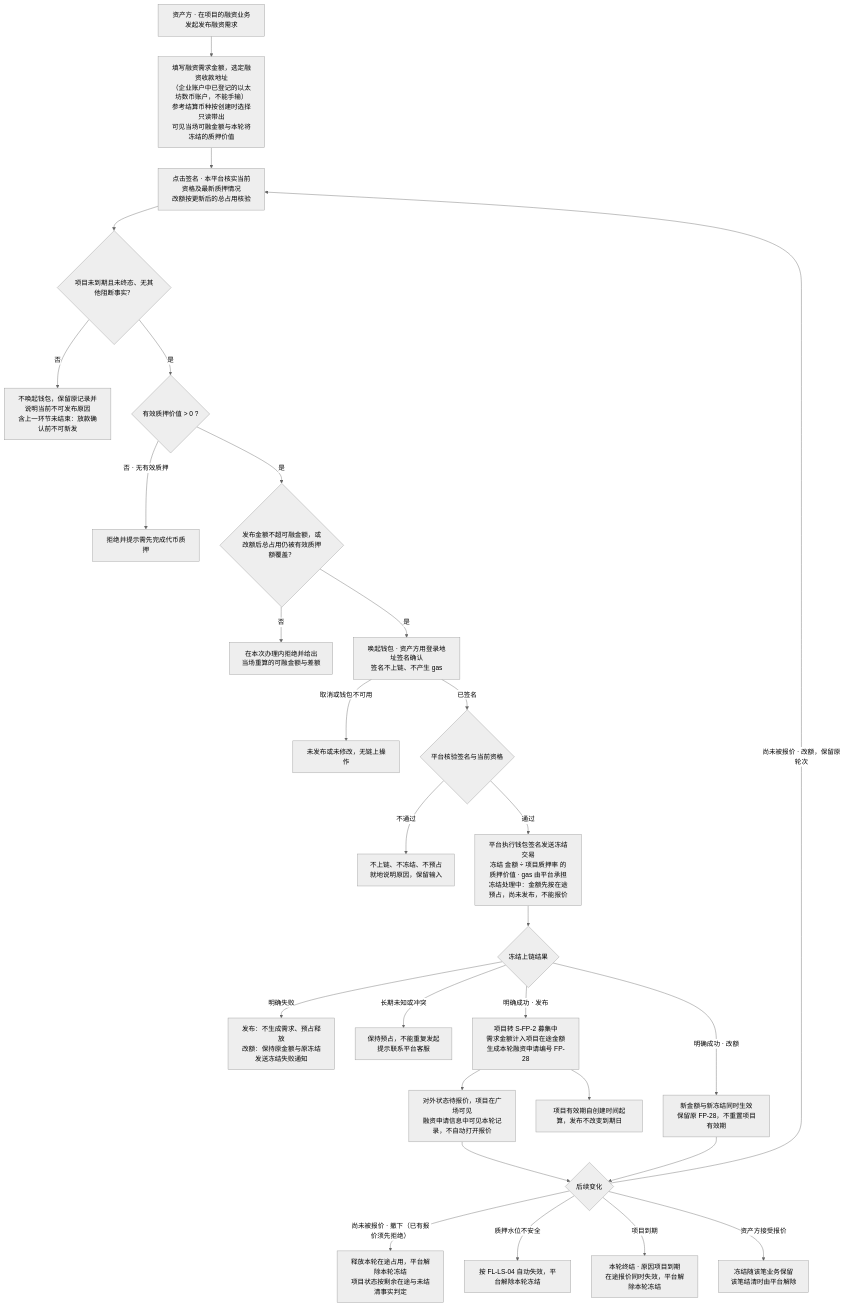
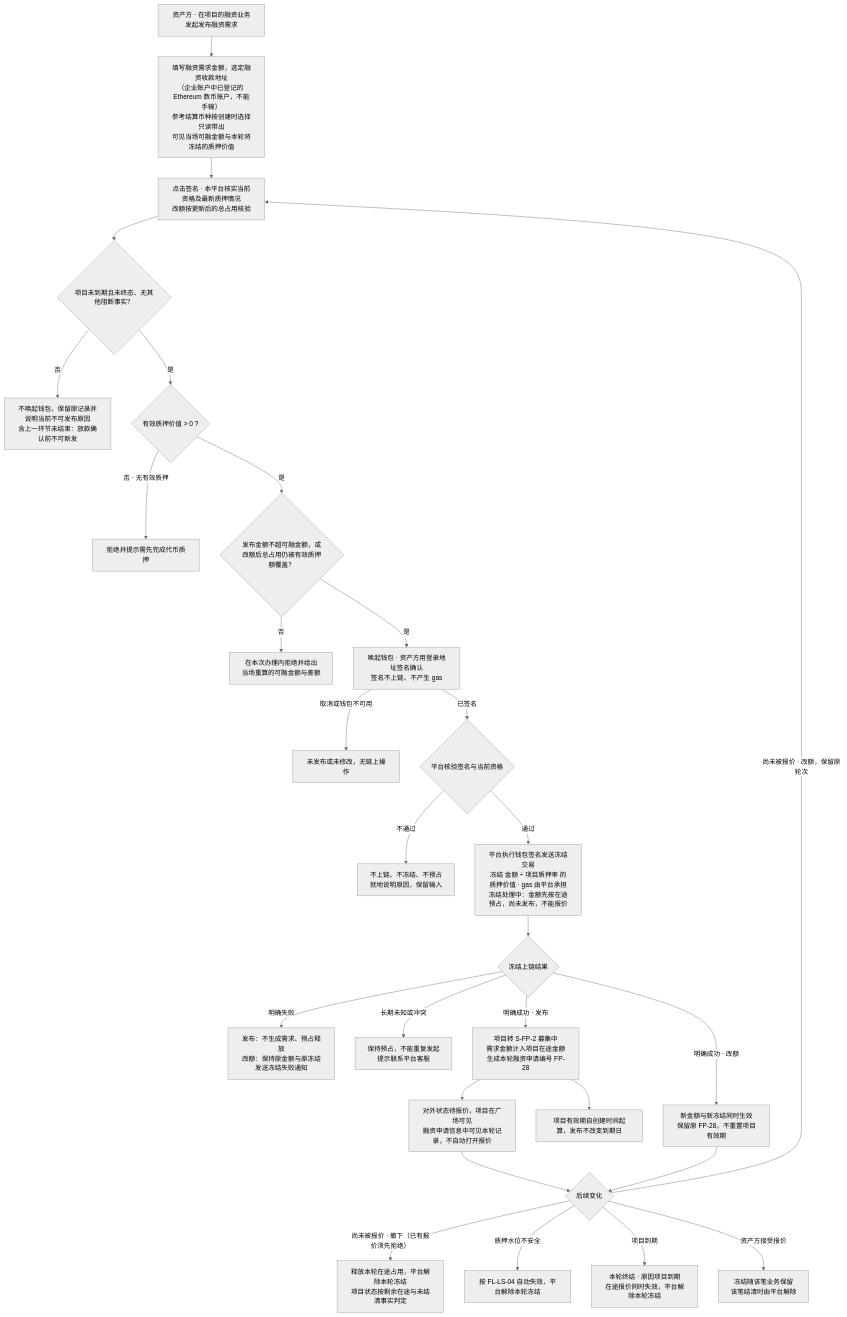
Before and after one commit to wxblockchain/Chain-Financing: the second of 10 diagrams in lending-platform/PRD/面客端/05-借贷广场-融资需求与代币质押/02-融资需求与代币质押-流程图与状态机.md, drawn with Mermaid (neutral theme). The commit also changed other lines of this file and 4 other files, not shown here.

````diff
--- a/lending-platform/PRD/面客端/05-借贷广场-融资需求与代币质押/02-融资需求与代币质押-流程图与状态机.md
+++ b/lending-platform/PRD/面客端/05-借贷广场-融资需求与代币质押/02-融资需求与代币质押-流程图与状态机.md
@@ -64,30 +64,30 @@
 ```mermaid
 flowchart TD
-  A["资产方 · 在项目的融资业务发起发布融资需求"] --> B["填写融资需求金额，选定融资收款地址<br/>（企业账户中已登记的以太坊数币账户，不能手输）<br/>参考结算币种按创建时选择只读带出<br/>可见当场可融金额与本轮将冻结的质押价值"]
+  A["资产方 · 在项目的融资业务发起发布融资需求"] --> B["填写融资需求金额，选定融资收款地址<br/>（企业账户中已登记的 Ethereum 数币账户，不能手输）<br/>参考结算币种按创建时选择只读带出<br/>可见当场可融金额与本轮将冻结的质押价值"]
   B --> C["点击签名 · 本平台核实当前资格及最新质押情况<br/>改额按更新后的总占用核验"]
   C --> P{"项目未到期且未终态、无其他阻断事实？"}
   P -- "否" --> STOP["不唤起钱包，保留原记录并说明当前不可发布原因<br/>含上一环节未结束：放款确认前不可新发"]
   P -- "是" --> D{"有效质押价值 > 0 ?"}
   D -- "否 · 无有效质押" --> E["拒绝并提示需先完成代币质押"]
   D -- "是" --> F{"发布金额不超可融金额，或改额后总占用仍被有效质押额覆盖？"}
   F -- "否" --> G["在本次办理内拒绝并给出<br/>当场重算的可融金额与差额"]
   F -- "是" --> W["唤起钱包 · 资产方用登录地址签名确认<br/>签名不上链、不产生 gas"]
   W -- "取消或钱包不可用" --> W0["未发布或未修改，无链上操作"]
   W -- "已签名" --> WV{"平台核验签名与当前资格"}
   WV -- "不通过" --> WV0["不上链、不冻结、不预占<br/>就地说明原因，保留输入"]
   WV -- "通过" --> W1["平台执行钱包签名发送冻结交易<br/>冻结 金额 ÷ 项目质押率 的质押价值 · gas 由平台承担<br/>冻结处理中：金额先按在途预占，尚未发布，不能报价"]
   W1 --> Q{"冻结上链结果"}
   Q -- "明确失败" --> Q1["发布：不生成需求、预占释放<br/>改额：保持原金额与原冻结<br/>发送冻结失败通知"]
   Q -- "长期未知或冲突" --> Q2["保持预占，不能重复发起<br/>提示联系平台客服"]
   Q -- "明确成功 · 发布" --> H["项目转 S-FP-2 募集中<br/>需求金额计入项目在途金额<br/>生成本轮融资申请编号 FP-28"]
   Q -- "明确成功 · 改额" --> R["新金额与新冻结同时生效<br/>保留原 FP-28，不重置项目有效期"]
   H --> I["项目有效期自创建时间起算，发布不改变到期日"]
   H --> J["对外状态待报价，项目在广场可见<br/>融资申请信息中可见本轮记录，不自动打开报价"]
   J --> K{"后续变化"}
   R --> K
   K -- "尚未被报价 · 改额，保留原轮次" --> C
   K -- "尚未被报价 · 撤下（已有报价须先拒绝）" --> L["释放本轮在途占用，平台解除本轮冻结<br/>项目状态按剩余在途与未结清事实判定"]
   K -- "质押水位不安全" --> M["按 FL-LS-04 自动失效，平台解除本轮冻结"]
   K -- "项目到期" --> X["本轮终结 · 原因项目到期<br/>在途报价同时失效，平台解除本轮冻结"]
   K -- "资产方接受报价" --> Y["冻结随该笔业务保留<br/>该笔结清时由平台解除"]
 ```
````
